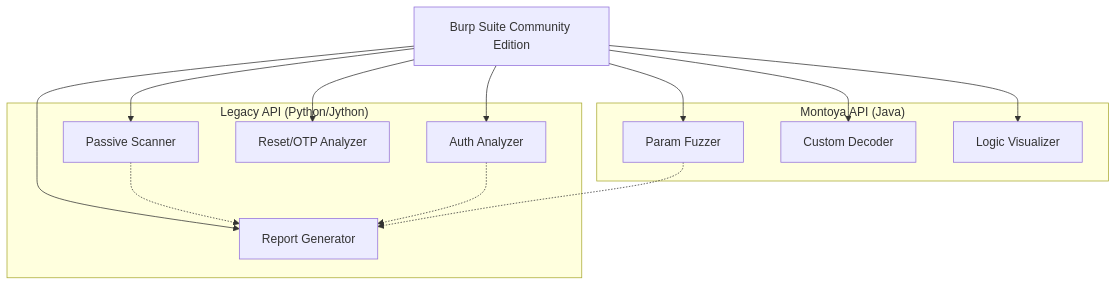
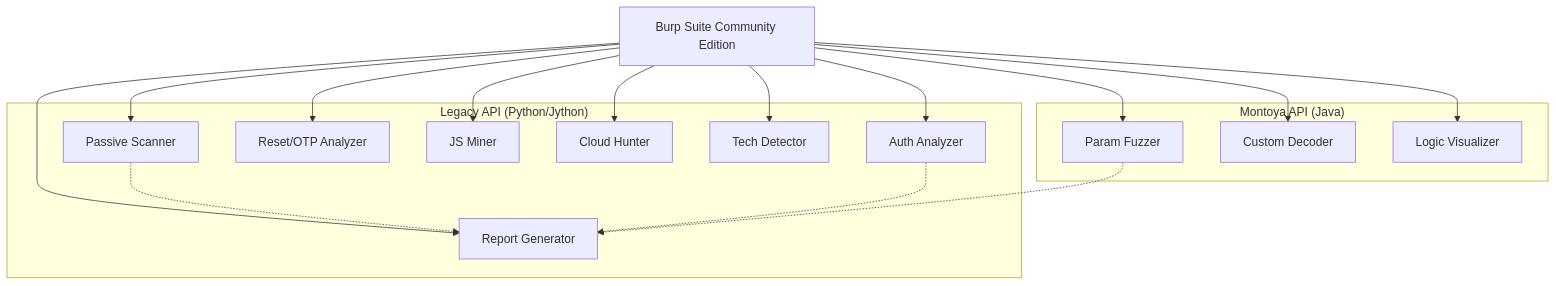
The diagram in docs/architecture.md (mic-cyberkid/burp-extensions-suite), drawn with Mermaid before and after one commit. The commit also changed 14 other files, not shown here.

````diff
--- a/docs/architecture.md
+++ b/docs/architecture.md
@@ -7,29 +7,35 @@
 ```mermaid
 graph TD
     Burp[Burp Suite Community Edition]
 
     subgraph "Legacy API (Python/Jython)"
         PS[Passive Scanner]
         AA[Auth Analyzer]
         RG[Report Generator]
         RO[Reset/OTP Analyzer]
+        JS[JS Miner]
+        CH[Cloud Hunter]
+        TD[Tech Detector]
     end
 
     subgraph "Montoya API (Java)"
         PF[Param Fuzzer]
         CD[Custom Decoder]
         LV[Logic Visualizer]
     end
 
     Burp --> PS
     Burp --> AA
     Burp --> RG
     Burp --> PF
     Burp --> CD
     Burp --> RO
     Burp --> LV
+    Burp --> JS
+    Burp --> CH
+    Burp --> TD
 
     PS -.-> RG
     AA -.-> RG
     PF -.-> RG
 ```
````
